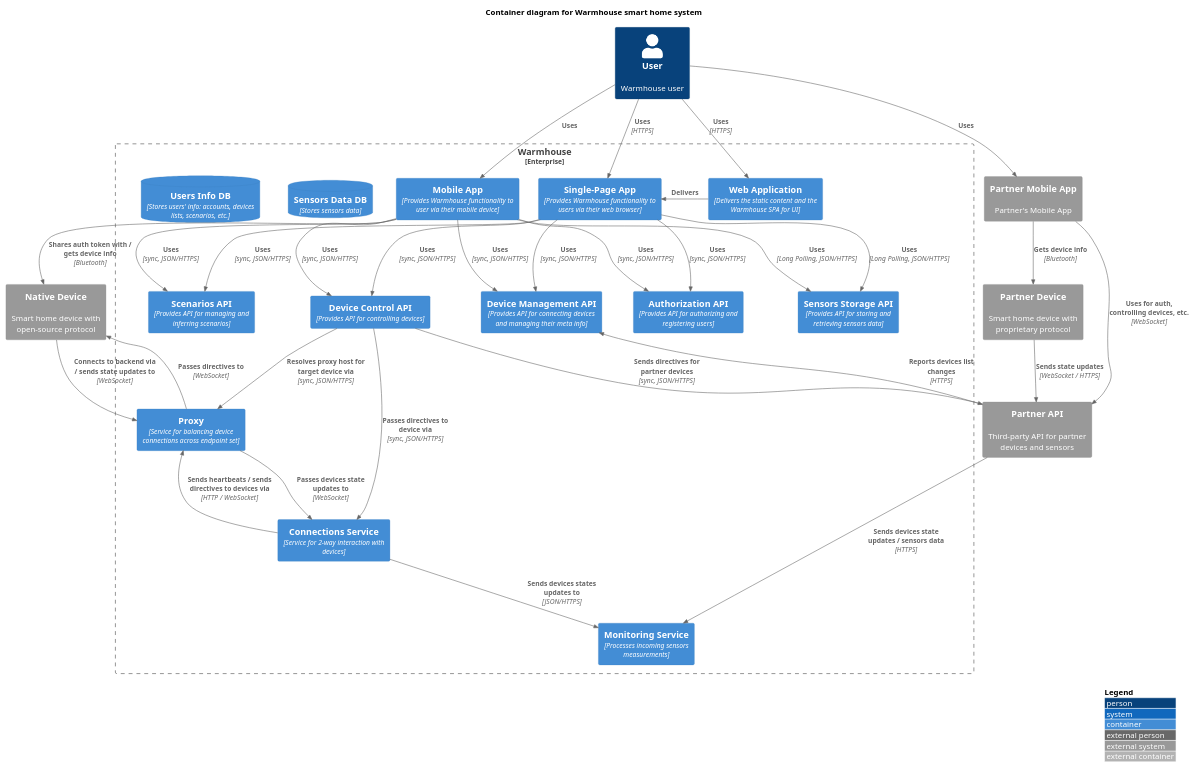
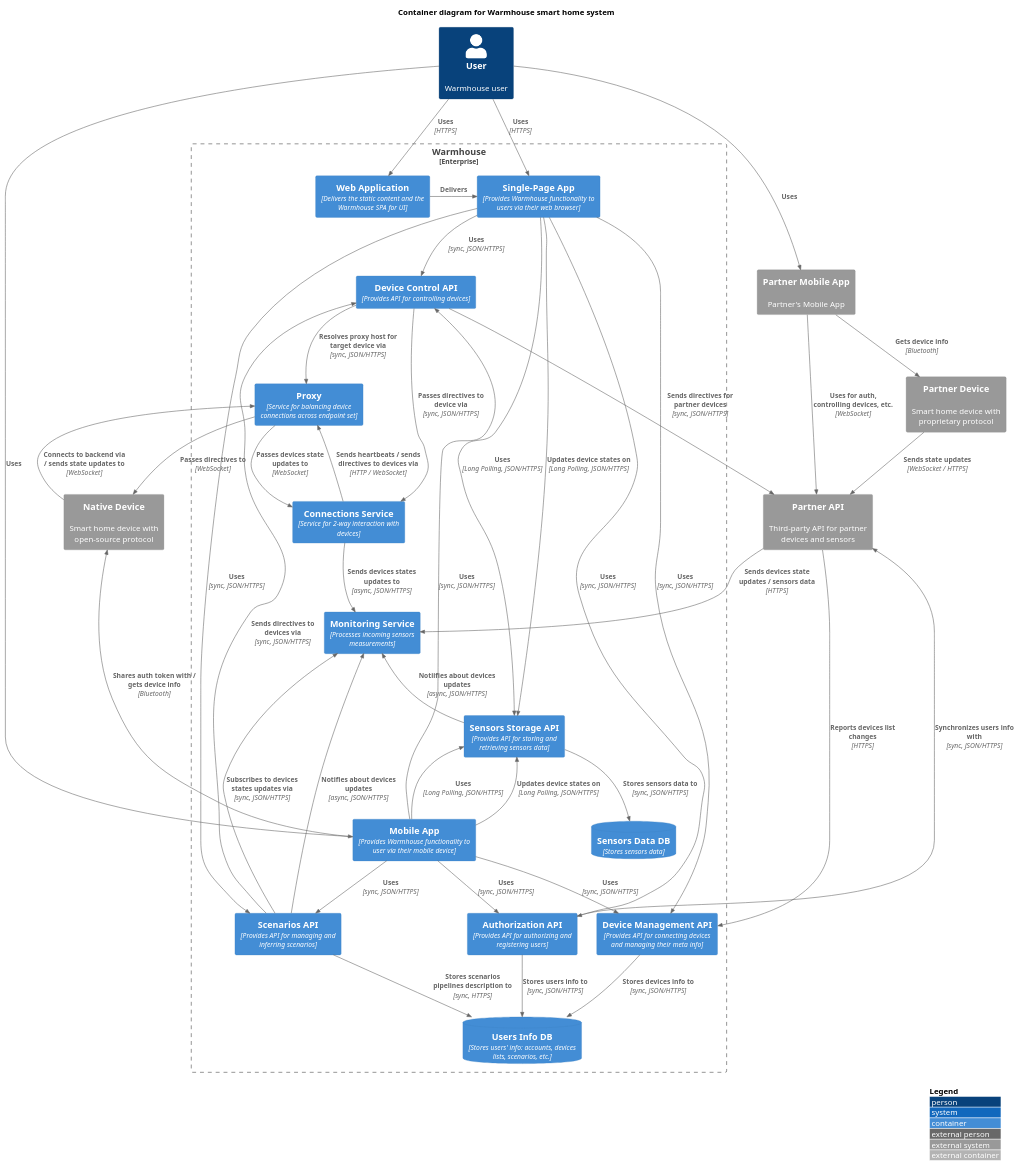
One commit to regu1yar/p1-architecture-warmhouse changed the diagram in diagrams/container/Container.puml. Above: the diagram before and after it, drawn with PlantUML.

Commit message:
Finish container diagram

```diff
--- a/diagrams/container/Container.puml
+++ b/diagrams/container/Container.puml
@@ -1,79 +1,95 @@
 @startuml "enterprise"
 
 ' !include https://raw.githubusercontent.com/plantuml-stdlib/C4-PlantUML/master/C4_Container.puml
 !include ./C4_Container.puml
 
 LAYOUT_WITH_LEGEND()
 
 title Container diagram for Warmhouse smart home system
 
 Person(user, "User", "Warmhouse user")
 
 System_Ext(device_partner, "Partner Device", "Smart home device with proprietary protocol")
 System_Ext(device_native, "Native Device", "Smart home device with open-source protocol")
 
 System_Ext(partner_mobile_app, "Partner Mobile App", "Partner's Mobile App")
 System_Ext(partner_api, "Partner API", "Third-party API for partner devices and sensors")
 
 Enterprise_Boundary(warmhouse_boundary, "Warmhouse") {
     Container(warmhouse_web_app, "Web Application", "Delivers the static content and the Warmhouse SPA for UI")
     Container(warmhouse_spa, "Single-Page App", "Provides Warmhouse functionality to users via their web browser")
     Container(warmhouse_mobile_app, "Mobile App", "Provides Warmhouse functionality to user via their mobile device")
 
     Container(warmhouse_proxy_service, "Proxy", "Service for balancing device connections across endpoint set")
     Container(warmhouse_connections_service, "Connections Service", "Service for 2-way interaction with devices")
 
     Container(warmhouse_device_control_backend_api, "Device Control API", "Provides API for controlling devices")
     Container(warmhouse_scenarios_backend_api, "Scenarios API", "Provides API for managing and inferring scenarios")
 
     Container(warmhouse_monitoring_service, "Monitoring Service", "Processes incoming sensors measurements")
     Container(warmhouse_sensors_storage_backend_api, "Sensors Storage API", "Provides API for storing and retrieving sensors data")
     ContainerDb(warmhouse_sensors_data_db, "Sensors Data DB", "Stores sensors data")
 
     Container(warmhouse_authorization_backend_api, "Authorization API", "Provides API for authorizing and registering users")
     Container(warmhouse_device_management_backend_api, "Device Management API", "Provides API for connecting devices and managing their meta info")
 
     ContainerDb(warmhouse_users_info_db, "Users Info DB", "Stores users' info: accounts, devices lists, scenarios, etc.")
 }
 
 Rel(user, partner_mobile_app, "Uses")
 Rel(user, warmhouse_web_app, "Uses", "HTTPS")
 Rel(user, warmhouse_spa, "Uses", "HTTPS")
 Rel(user, warmhouse_mobile_app, "Uses")
 
 Rel(device_partner, partner_api, "Sends state updates", "WebSocket / HTTPS")
 
 Rel(device_native, warmhouse_proxy_service, "Connects to backend via / sends state updates to", "WebSocket")
 
 Rel(partner_mobile_app, device_partner, "Gets device info", "Bluetooth")
 Rel(partner_mobile_app, partner_api, "Uses for auth, controlling devices, etc.", "WebSocket")
 
 Rel(partner_api, warmhouse_monitoring_service, "Sends devices state updates / sensors data", "HTTPS")
 Rel(partner_api, warmhouse_device_management_backend_api, "Reports devices list changes", "HTTPS")
 
 Rel_Neighbor(warmhouse_web_app, warmhouse_spa, "Delivers")
 
 Rel(warmhouse_spa, warmhouse_device_control_backend_api, "Uses", "sync, JSON/HTTPS")
 Rel(warmhouse_spa, warmhouse_scenarios_backend_api, "Uses", "sync, JSON/HTTPS")
 Rel(warmhouse_spa, warmhouse_sensors_storage_backend_api, "Uses", "Long Polling, JSON/HTTPS")
 Rel(warmhouse_spa, warmhouse_authorization_backend_api, "Uses", "sync, JSON/HTTPS")
 Rel(warmhouse_spa, warmhouse_device_management_backend_api, "Uses", "sync, JSON/HTTPS")
 
 Rel(warmhouse_mobile_app, device_native, "Shares auth token with / gets device info", "Bluetooth")
 Rel(warmhouse_mobile_app, warmhouse_device_control_backend_api, "Uses", "sync, JSON/HTTPS")
 Rel(warmhouse_mobile_app, warmhouse_scenarios_backend_api, "Uses", "sync, JSON/HTTPS")
 Rel(warmhouse_mobile_app, warmhouse_sensors_storage_backend_api, "Uses", "Long Polling, JSON/HTTPS")
 Rel(warmhouse_mobile_app, warmhouse_authorization_backend_api, "Uses", "sync, JSON/HTTPS")
 Rel(warmhouse_mobile_app, warmhouse_device_management_backend_api, "Uses", "sync, JSON/HTTPS")
 
 Rel(warmhouse_proxy_service, device_native, "Passes directives to", "WebSocket")
 Rel(warmhouse_proxy_service, warmhouse_connections_service, "Passes devices state updates to", "WebSocket")
 
 Rel(warmhouse_connections_service, warmhouse_proxy_service, "Sends heartbeats / sends directives to devices via", "HTTP / WebSocket")
-Rel(warmhouse_connections_service, warmhouse_monitoring_service, "Sends devices states updates to", "JSON/HTTPS")
+Rel(warmhouse_connections_service, warmhouse_monitoring_service, "Sends devices states updates to", "async, JSON/HTTPS")
 
 Rel(warmhouse_device_control_backend_api, warmhouse_proxy_service, "Resolves proxy host for target device via", "sync, JSON/HTTPS")
 Rel(warmhouse_device_control_backend_api, warmhouse_connections_service, "Passes directives to device via", "sync, JSON/HTTPS")
 Rel(warmhouse_device_control_backend_api, partner_api, "Sends directives for partner devices", "sync, JSON/HTTPS")
 
+Rel(warmhouse_scenarios_backend_api, warmhouse_device_control_backend_api, "Sends directives to devices via", "sync, JSON/HTTPS")
+Rel(warmhouse_scenarios_backend_api, warmhouse_monitoring_service, "Subscribes to devices states updates via", "sync, JSON/HTTPS")
+Rel(warmhouse_scenarios_backend_api, warmhouse_users_info_db, "Stores scenarios pipelines description to", "sync, HTTPS")
+
+Rel_Back(warmhouse_monitoring_service, warmhouse_scenarios_backend_api, "Notifies about devices updates", "async, JSON/HTTPS")
+Rel_Back(warmhouse_monitoring_service, warmhouse_sensors_storage_backend_api, "Notiifies about devices updates", "async, JSON/HTTPS")
+
+Rel_Back(warmhouse_sensors_storage_backend_api, warmhouse_spa, "Updates device states on", "Long Polling, JSON/HTTPS")
+Rel_Back(warmhouse_sensors_storage_backend_api, warmhouse_mobile_app, "Updates device states on", "Long Polling, JSON/HTTPS")
+Rel(warmhouse_sensors_storage_backend_api, warmhouse_sensors_data_db, "Stores sensors data to", "sync, JSON/HTTPS")
+
+Rel(warmhouse_authorization_backend_api, partner_api, "Synchronizes users info with", "sync, JSON/HTTPS")
+Rel(warmhouse_authorization_backend_api, warmhouse_users_info_db, "Stores users info to", "sync, JSON/HTTPS")
+
+Rel(warmhouse_device_management_backend_api, warmhouse_users_info_db, "Stores devices info to", "sync, JSON/HTTPS")
+
 @enduml
```
